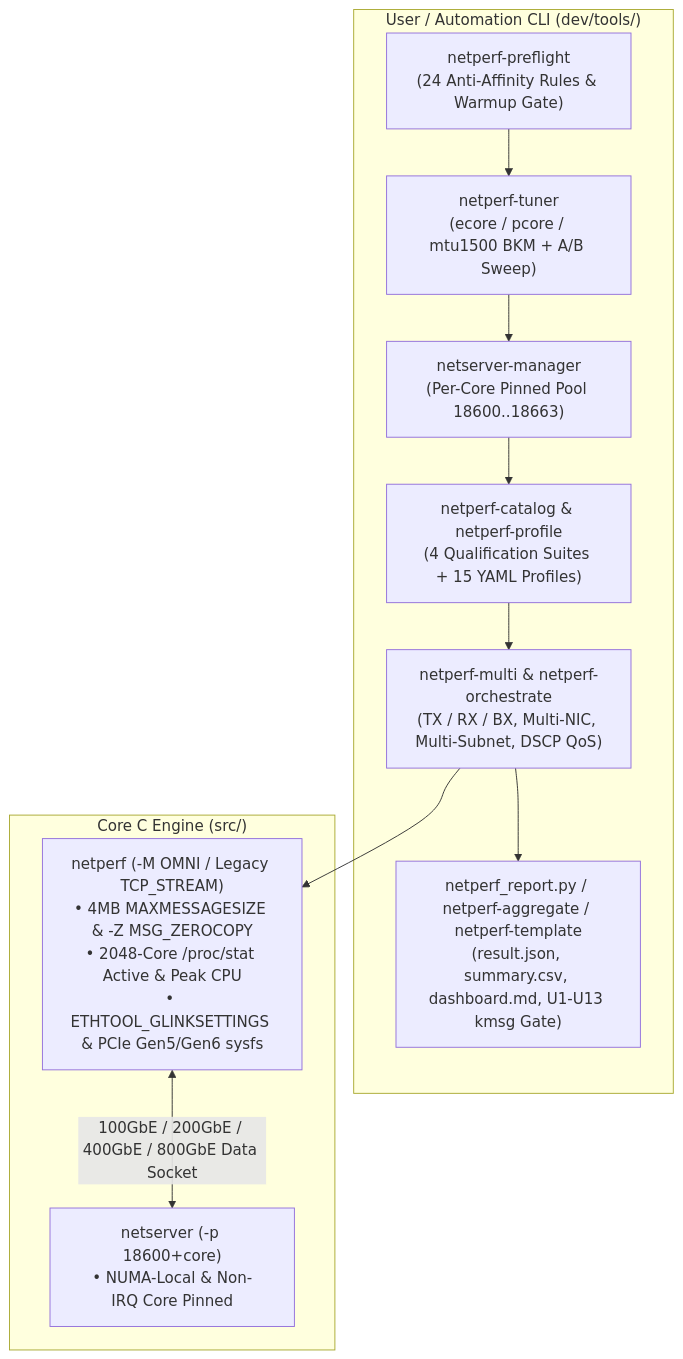
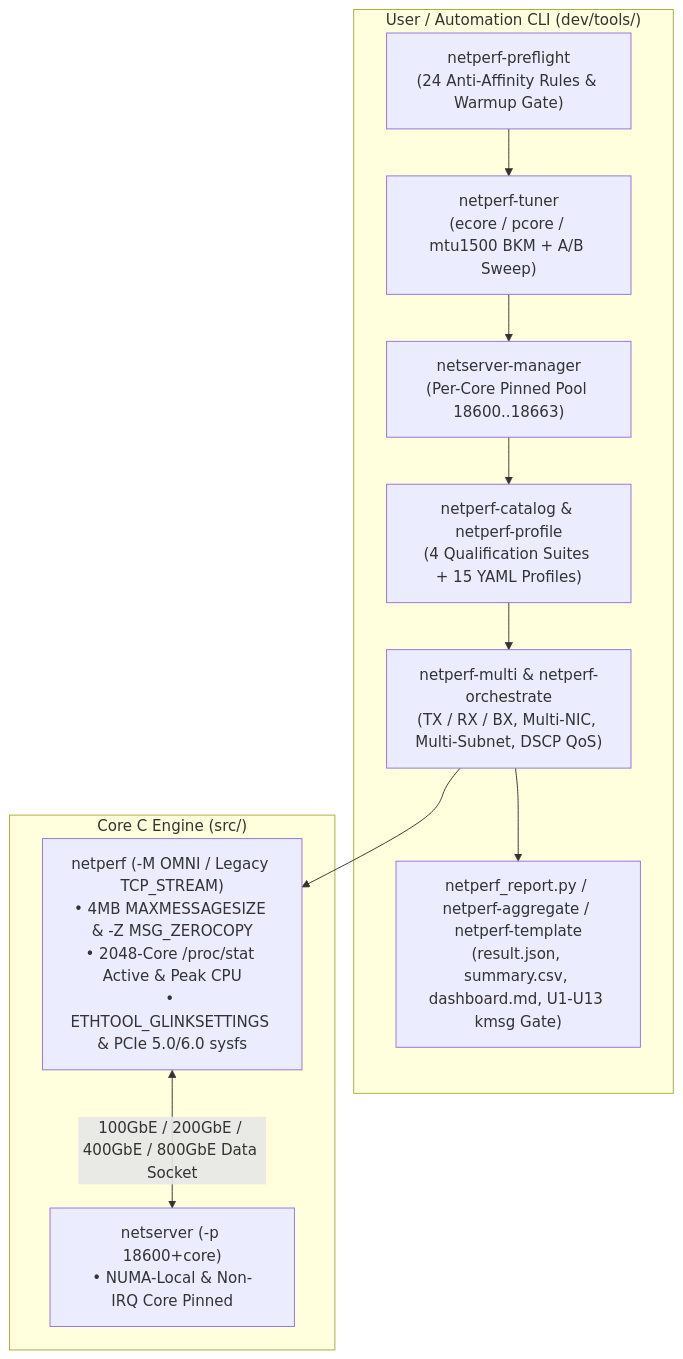
The diagram in wiki/Home.md (thehevy/netperf_copilot), drawn with Mermaid before and after one commit. The commit also changed other lines of this file and 13 other files, not shown here.

Commit message:
style(pcie): use PCIe 4.0, PCIe 5.0, and PCIe 6.0 instead of Gen4/Gen5/Gen6 across docs, wiki, and tools

````diff
--- a/wiki/Home.md
+++ b/wiki/Home.md
@@ -96,24 +96,24 @@
 ```mermaid
 flowchart TD
     subgraph UserCLI["User / Automation CLI (dev/tools/)"]
         Preflight["netperf-preflight\n(24 Anti-Affinity Rules & Warmup Gate)"]
         Tuner["netperf-tuner\n(ecore / pcore / mtu1500 BKM + A/B Sweep)"]
         PoolMgr["netserver-manager\n(Per-Core Pinned Pool 18600..18663)"]
         Catalog["netperf-catalog & netperf-profile\n(4 Qualification Suites + 15 YAML Profiles)"]
         Multi["netperf-multi & netperf-orchestrate\n(TX / RX / BX, Multi-NIC, Multi-Subnet, DSCP QoS)"]
         Report["netperf_report.py / netperf-aggregate / netperf-template\n(result.json, summary.csv, dashboard.md, U1-U13 kmsg Gate)"]
     end
 
     subgraph CoreEngine["Core C Engine (src/)"]
-        Netperf["netperf (-M OMNI / Legacy TCP_STREAM)\n• 4MB MAXMESSAGESIZE & -Z MSG_ZEROCOPY\n• 2048-Core /proc/stat Active & Peak CPU\n• ETHTOOL_GLINKSETTINGS & PCIe Gen5/Gen6 sysfs"]
+        Netperf["netperf (-M OMNI / Legacy TCP_STREAM)\n• 4MB MAXMESSAGESIZE & -Z MSG_ZEROCOPY\n• 2048-Core /proc/stat Active & Peak CPU\n• ETHTOOL_GLINKSETTINGS & PCIe 5.0/6.0 sysfs"]
         Netserver["netserver (-p 18600+core)\n• NUMA-Local & Non-IRQ Core Pinned"]
     end
 
     Preflight --> Tuner
     Tuner --> PoolMgr
     PoolMgr --> Catalog
     Catalog --> Multi
     Multi --> Netperf
     Netperf <-->|"100GbE / 200GbE / 400GbE / 800GbE Data Socket"| Netserver
     Multi --> Report
 ```
````
